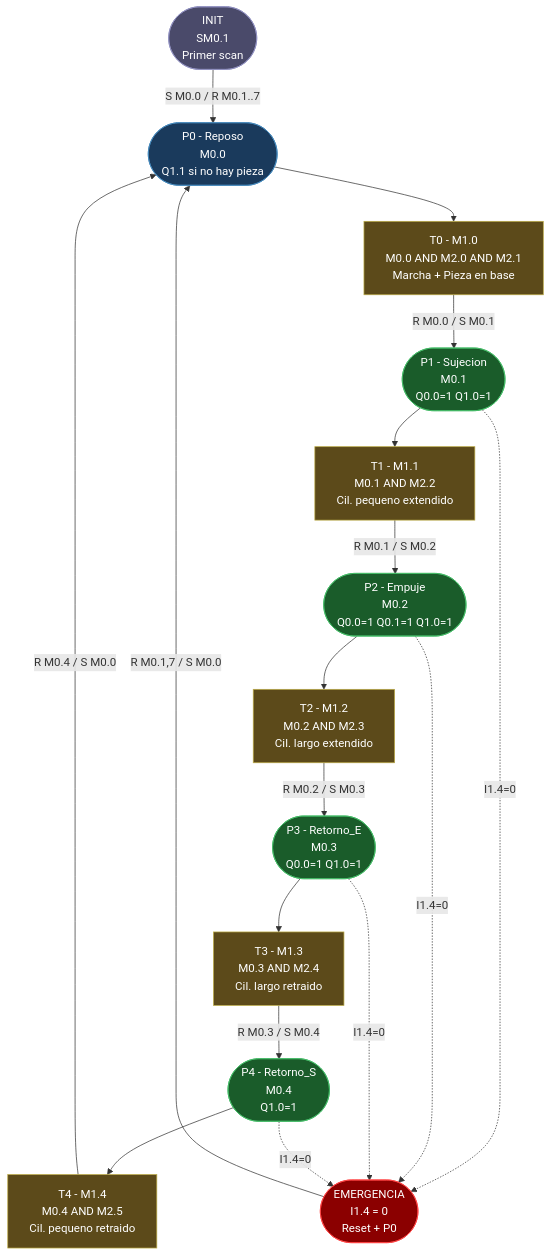
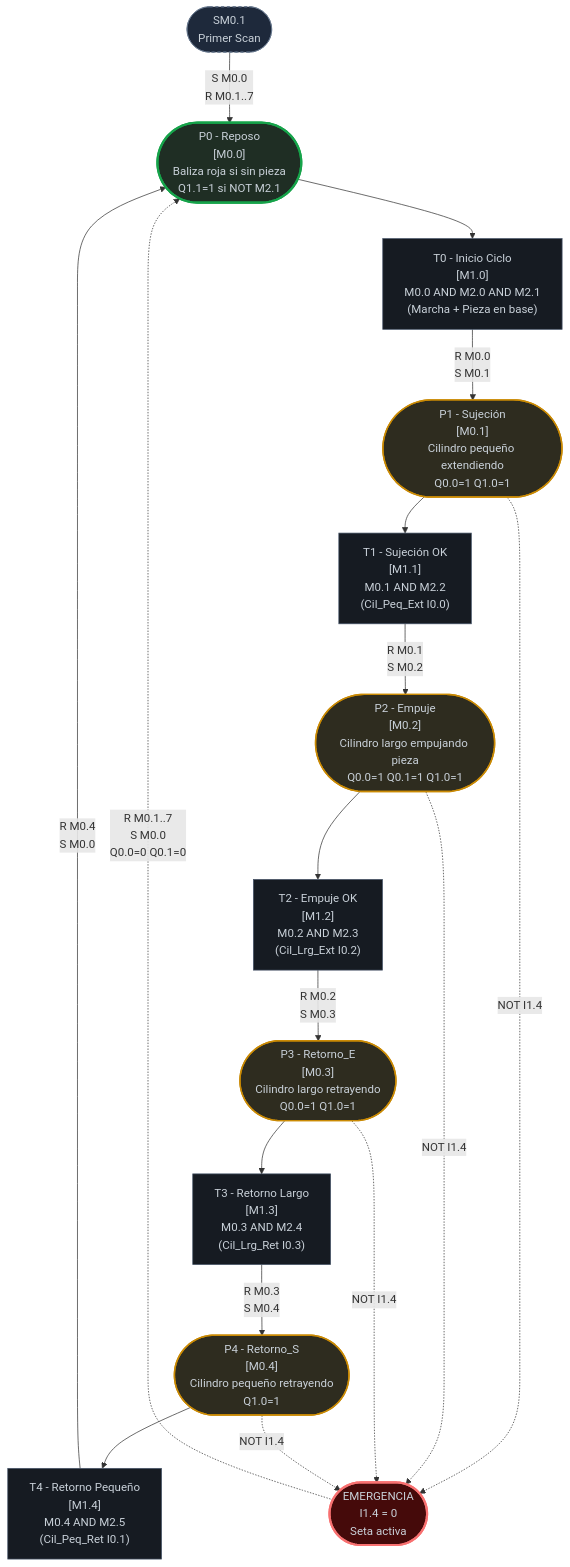
The first of 2 diagrams in 2_Alimentacion/5_Diagrama_Petri.md (Sebaasu/xk335b-scada), drawn with Mermaid before and after one commit. The commit also changed other lines of this file and 29 other files, not shown here.

Commit message:
Diagramas mejorados, libreria eliminada, README Actualizado

````diff
--- a/2_Alimentacion/5_Diagrama_Petri.md
+++ b/2_Alimentacion/5_Diagrama_Petri.md
@@ -14,54 +18,65 @@
 ```mermaid
 flowchart TD
 
-    INIT(["INIT\nSM0.1\nPrimer scan"])
-    EMERG(["EMERGENCIA\nI1.4 = 0\nReset + P0"])
+    %% =========================================================
+    %% ARRANQUE
+    %% =========================================================
 
-    P0(["P0 - Reposo\nM0.0\nQ1.1 si no hay pieza"])
-    P1(["P1 - Sujecion\nM0.1\nQ0.0=1 Q1.0=1"])
-    P2(["P2 - Empuje\nM0.2\nQ0.0=1 Q0.1=1 Q1.0=1"])
-    P3(["P3 - Retorno_E\nM0.3\nQ0.0=1 Q1.0=1"])
-    P4(["P4 - Retorno_S\nM0.4\nQ1.0=1"])
+    INIT(["SM0.1\nPrimer Scan"]):::init
 
-    T0["T0 - M1.0\nM0.0 AND M2.0 AND M2.1\nMarcha + Pieza en base"]
-    T1["T1 - M1.1\nM0.1 AND M2.2\nCil. pequeno extendido"]
-    T2["T2 - M1.2\nM0.2 AND M2.3\nCil. largo extendido"]
-    T3["T3 - M1.3\nM0.3 AND M2.4\nCil. largo retraido"]
-    T4["T4 - M1.4\nM0.4 AND M2.5\nCil. pequeno retraido"]
+    %% =========================================================
+    %% ZONA 0: REPOSO
+    %% =========================================================
 
-    INIT -->|"S M0.0 / R M0.1..7"| P0
+    P0(["P0 - Reposo\n[M0.0]\nBaliza roja si sin pieza\nQ1.1=1 si NOT M2.1"]):::plaza_ctrl
+
+    INIT -->|"S M0.0\nR M0.1..7"| P0
+
+    %% =========================================================
+    %% ZONA 1: SECUENCIA DE DOSIFICACIÓN (4 pasos)
+    %% =========================================================
+
+    P1(["P1 - Sujeción\n[M0.1]\nCilindro pequeño extendiendo\nQ0.0=1 Q1.0=1"]):::plaza_exec
+    P2(["P2 - Empuje\n[M0.2]\nCilindro largo empujando pieza\nQ0.0=1 Q0.1=1 Q1.0=1"]):::plaza_exec
+    P3(["P3 - Retorno_E\n[M0.3]\nCilindro largo retrayendo\nQ0.0=1 Q1.0=1"]):::plaza_exec
+    P4(["P4 - Retorno_S\n[M0.4]\nCilindro pequeño retrayendo\nQ1.0=1"]):::plaza_exec
+
+    T0["T0 - Inicio Ciclo\n[M1.0]\nM0.0 AND M2.0 AND M2.1\n(Marcha + Pieza en base)"]:::trans
+    T1["T1 - Sujeción OK\n[M1.1]\nM0.1 AND M2.2\n(Cil_Peq_Ext I0.0)"]:::trans
+    T2["T2 - Empuje OK\n[M1.2]\nM0.2 AND M2.3\n(Cil_Lrg_Ext I0.2)"]:::trans
+    T3["T3 - Retorno Largo\n[M1.3]\nM0.3 AND M2.4\n(Cil_Lrg_Ret I0.3)"]:::trans
+    T4["T4 - Retorno Pequeño\n[M1.4]\nM0.4 AND M2.5\n(Cil_Peq_Ret I0.1)"]:::trans
 
     P0 --> T0
-    T0 -->|"R M0.0 / S M0.1"| P1
+    T0 -->|"R M0.0\nS M0.1"| P1
+    P1 --> T1
+    T1 -->|"R M0.1\nS M0.2"| P2
+    P2 --> T2
+    T2 -->|"R M0.2\nS M0.3"| P3
+    P3 --> T3
+    T3 -->|"R M0.3\nS M0.4"| P4
+    P4 --> T4
+    T4 -->|"R M0.4\nS M0.0"| P0
 
-    P1 --> T1
-    T1 -->|"R M0.1 / S M0.2"| P2
+    %% =========================================================
+    %% EMERGENCIA
+    %% =========================================================
 
-    P2 --> T2
-    T2 -->|"R M0.2 / S M0.3"| P3
+    EMERG(["EMERGENCIA\nI1.4 = 0\nSeta activa"]):::emerg
 
-    P3 --> T3
-    T3 -->|"R M0.3 / S M0.4"| P4
+    P1 -.->|"NOT I1.4"| EMERG
+    P2 -.->|"NOT I1.4"| EMERG
+    P3 -.->|"NOT I1.4"| EMERG
+    P4 -.->|"NOT I1.4"| EMERG
+    EMERG -.->|"R M0.1..7\nS M0.0\nQ0.0=0 Q0.1=0"| P0
 
-    P4 --> T4
-    T4 -->|"R M0.4 / S M0.0"| P0
+    %% =========================================================
+    %% ESTILOS
+    %% =========================================================
 
-    P1 -.->|"I1.4=0"| EMERG
-    P2 -.->|"I1.4=0"| EMERG
-    P3 -.->|"I1.4=0"| EMERG
-    P4 -.->|"I1.4=0"| EMERG
-    EMERG -->|"R M0.1,7 / S M0.0"| P0
-
-    style INIT fill:#4a4a6a,color:#ffffff,stroke:#9090c0
-    style EMERG fill:#8b0000,color:#ffffff,stroke:#ff4444
-    style P0 fill:#1a3a5c,color:#ffffff,stroke:#4488bb
-    style P1 fill:#1a5c2a,color:#ffffff,stroke:#44bb66
-    style P2 fill:#1a5c2a,color:#ffffff,stroke:#44bb66
-    style P3 fill:#1a5c2a,color:#ffffff,stroke:#44bb66
-    style P4 fill:#1a5c2a,color:#ffffff,stroke:#44bb66
-    style T0 fill:#5c4a1a,color:#ffffff,stroke:#bbaa44
-    style T1 fill:#5c4a1a,color:#ffffff,stroke:#bbaa44
-    style T2 fill:#5c4a1a,color:#ffffff,stroke:#bbaa44
-    style T3 fill:#5c4a1a,color:#ffffff,stroke:#bbaa44
-    style T4 fill:#5c4a1a,color:#ffffff,stroke:#bbaa44
+    classDef plaza_ctrl   fill:#1f2e24,stroke:#16a34a,stroke-width:3px,color:#c9d1d9
+    classDef plaza_exec   fill:#2e2c1f,stroke:#ca8a04,stroke-width:2px,color:#c9d1d9
+    classDef trans        fill:#161b22,stroke:#475569,stroke-width:1px,color:#c9d1d9
+    classDef init         fill:#1e293b,stroke:#64748b,stroke-width:1px,color:#c9d1d9,stroke-dasharray:4
+    classDef emerg        fill:#450a0a,stroke:#f87171,stroke-width:3px,color:#c9d1d9
 ```
````
